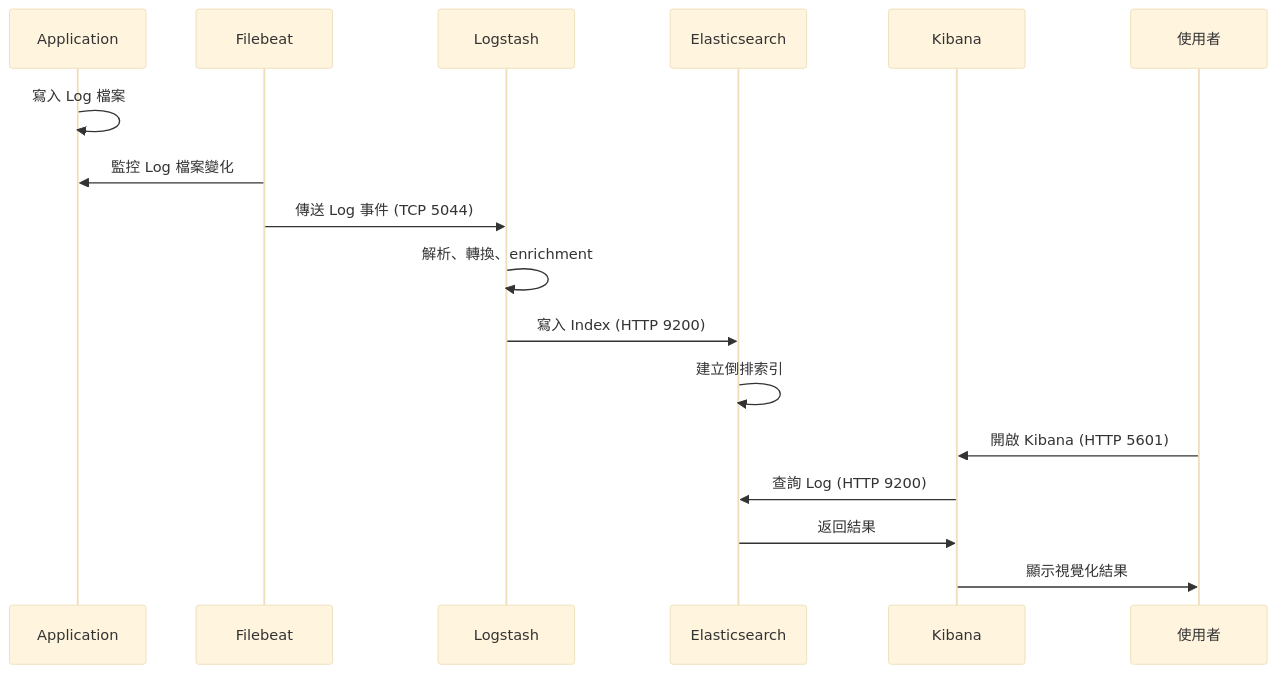
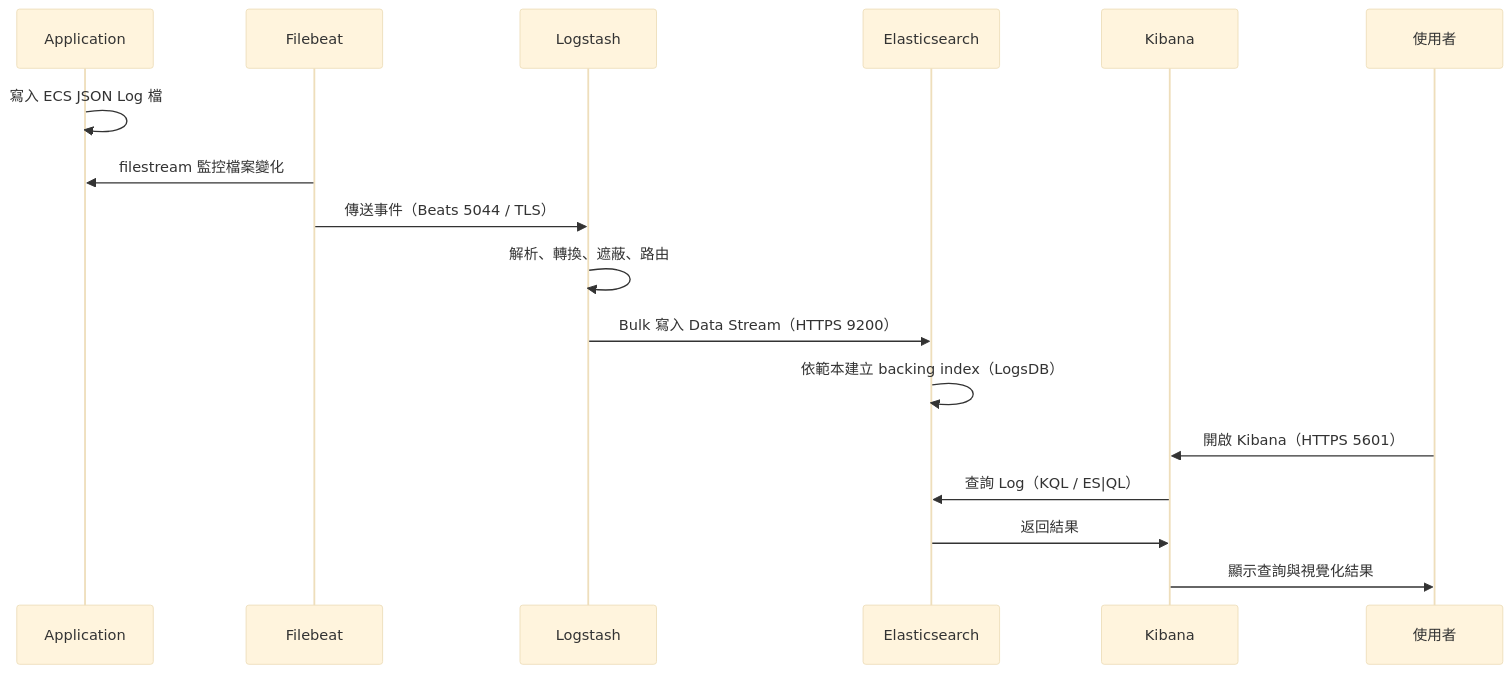
One commit to chihhung/Blog changed diagram 12 of 28 in content/posts/教學/工具/ELK-Stack教學手冊.md. Above: the diagram before and after it, drawn with Mermaid (base theme). The commit also changed other lines of this file and 8 other files, not shown here.

````diff
--- a/content/posts/教學/工具/ELK-Stack教學手冊.md
+++ b/content/posts/教學/工具/ELK-Stack教學手冊.md
@@ -1479,20 +2605,20 @@
 ```mermaid
 sequenceDiagram
     participant App as Application
     participant FB as Filebeat
     participant LS as Logstash
     participant ES as Elasticsearch
     participant K as Kibana
     participant User as 使用者
-    
-    App->>App: 寫入 Log 檔案
-    FB->>App: 監控 Log 檔案變化
-    FB->>LS: 傳送 Log 事件 (TCP 5044)
-    LS->>LS: 解析、轉換、enrichment
-    LS->>ES: 寫入 Index (HTTP 9200)
-    ES->>ES: 建立倒排索引
-    User->>K: 開啟 Kibana (HTTP 5601)
-    K->>ES: 查詢 Log (HTTP 9200)
+
+    App->>App: 寫入 ECS JSON Log 檔
+    FB->>App: filestream 監控檔案變化
+    FB->>LS: 傳送事件（Beats 5044 / TLS）
+    LS->>LS: 解析、轉換、遮蔽、路由
+    LS->>ES: Bulk 寫入 Data Stream（HTTPS 9200）
+    ES->>ES: 依範本建立 backing index（LogsDB）
+    User->>K: 開啟 Kibana（HTTPS 5601）
+    K->>ES: 查詢 Log（KQL / ES|QL）
     ES->>K: 返回結果
-    K->>User: 顯示視覺化結果
+    K->>User: 顯示查詢與視覺化結果
 ```
````
